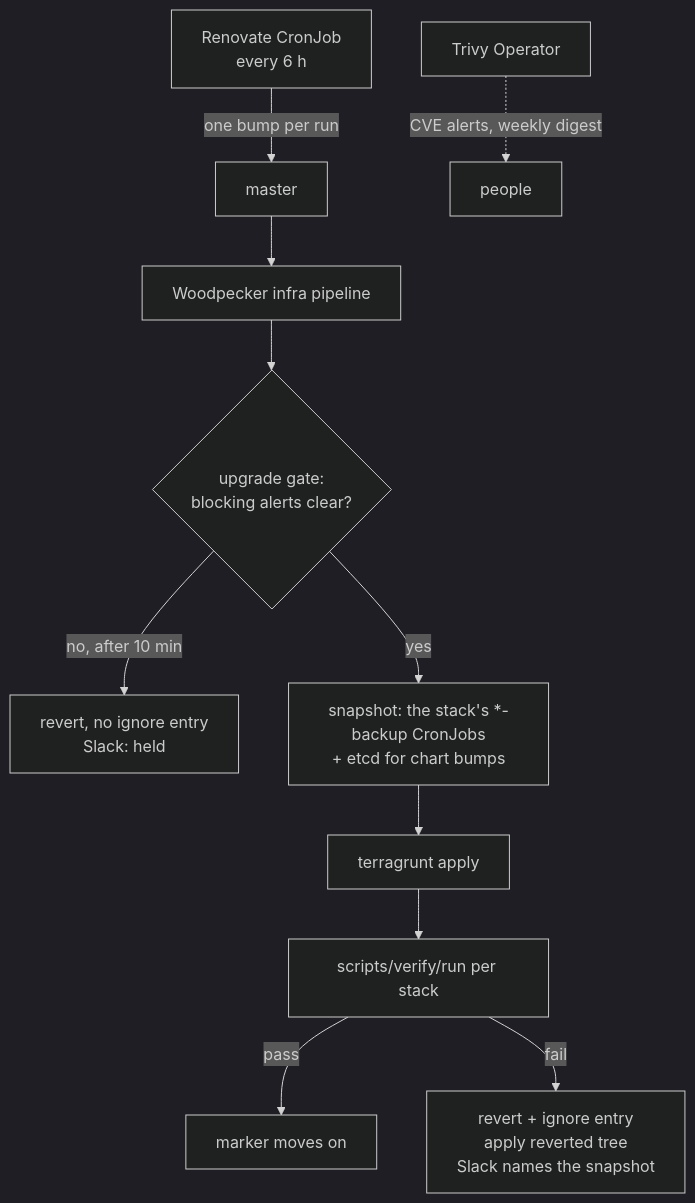
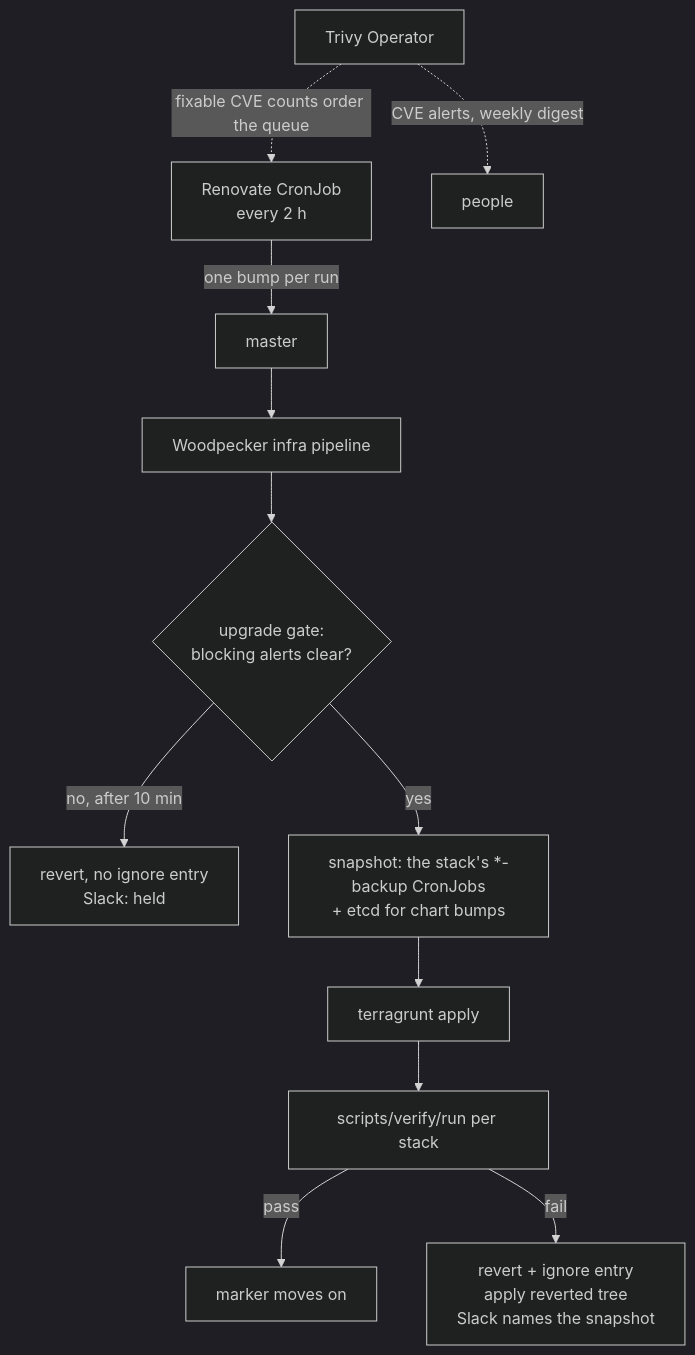
One commit to ViktorBarzin/infra changed the diagram in docs/architecture/automated-upgrades.md. Above: the diagram before and after it, drawn with Mermaid (dark theme). The commit also changed other lines of this file and 5 other files, not shown here.

First line of the commit message:
renovate: land the update with the most fixable CVEs first

````diff
--- a/docs/architecture/automated-upgrades.md
+++ b/docs/architecture/automated-upgrades.md
@@ -24,13 +24,14 @@
 ```mermaid
 flowchart TD
-  R[Renovate CronJob<br/>every 6 h] -->|one bump per run| M[master]
+  R[Renovate CronJob<br/>every 2 h] -->|one bump per run| M[master]
   M --> P[Woodpecker infra pipeline]
   P --> G{upgrade gate:<br/>blocking alerts clear?}
   G -->|no, after 10 min| H[revert, no ignore entry<br/>Slack: held]
   G -->|yes| S[snapshot: the stack's *-backup CronJobs<br/>+ etcd for chart bumps]
   S --> A[terragrunt apply]
   A --> V[scripts/verify/run per stack]
   V -->|pass| OK[marker moves on]
   V -->|fail| F[revert + ignore entry<br/>apply reverted tree<br/>Slack names the snapshot]
   T[Trivy Operator] -.->|CVE alerts, weekly digest| HUM[people]
+  T -.->|fixable CVE counts order the queue| R
 ```
````
